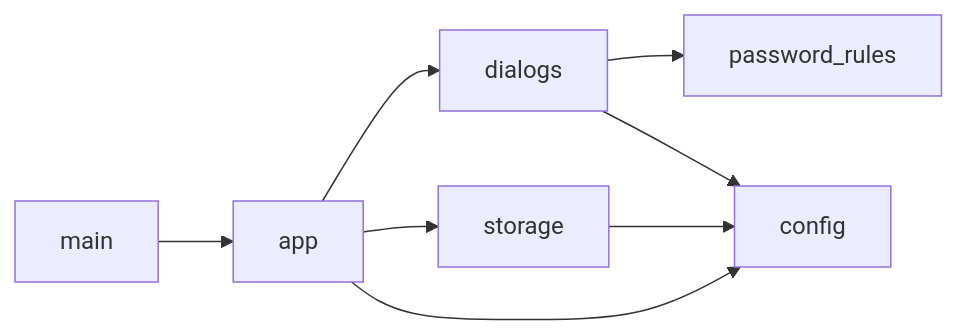
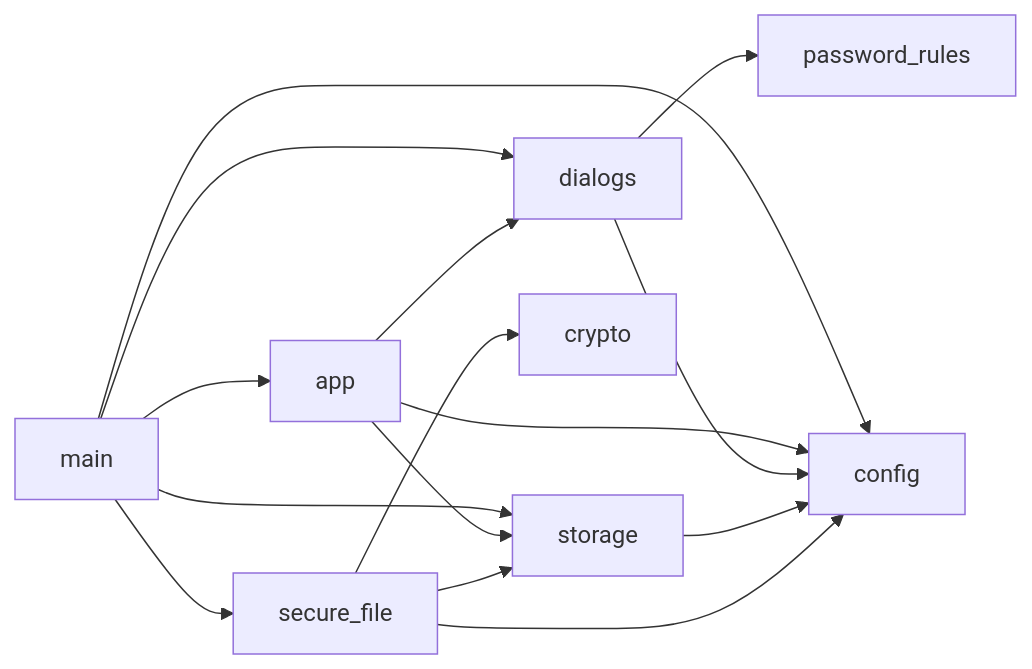
Before and after one commit to lamtfey11/password-authentication: the third of 3 diagrams in README.md, drawn with Mermaid. The commit also changed other lines of this file, not shown here.

````diff
--- a/README.md
+++ b/README.md
@@ -198,10 +279,17 @@
 ```mermaid
 flowchart LR
     main --> app
+    main --> secure_file
+    main --> storage
+    main --> dialogs
+    main --> config
     app --> dialogs
     app --> storage
     app --> config
     dialogs --> password_rules
     dialogs --> config
     storage --> config
+    secure_file --> crypto
+    secure_file --> storage
+    secure_file --> config
 ```
````
